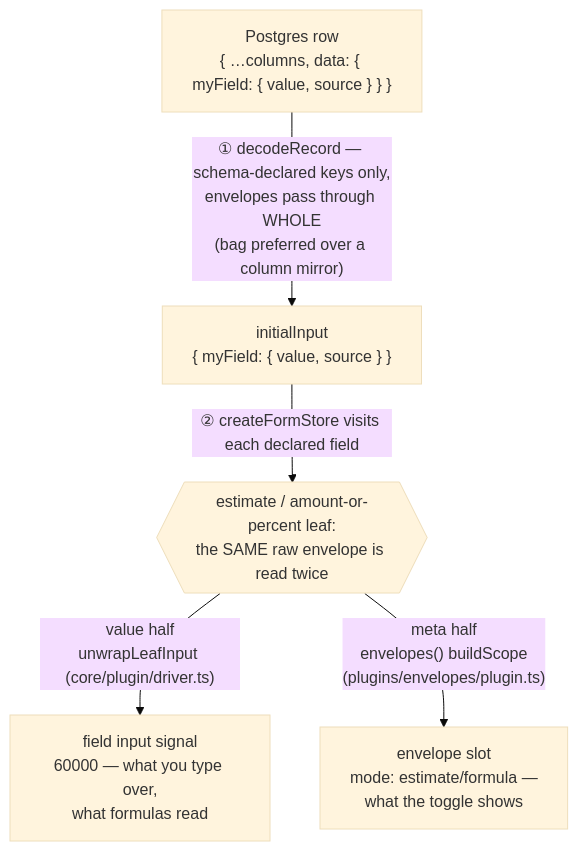
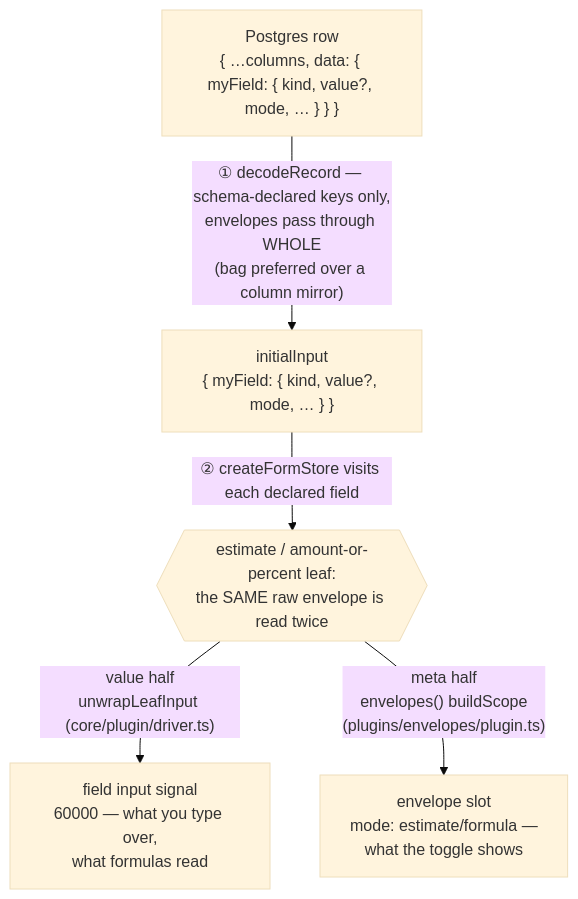
The diagram in docs/decode-fork.md (andrew310/jsonisch), drawn with Mermaid (base theme) before and after one commit. The commit also changed 17 other files, not shown here.

First line of the commit message:
feat(jsonisch): persist envelopes as a kind-discriminated union

````diff
--- a/docs/decode-fork.md
+++ b/docs/decode-fork.md
@@ -7,8 +7,8 @@
 ```mermaid
 flowchart TD
-  PG["Postgres row<br/>{ …columns, data: { myField: { value, source } } }"]
-  PG -->|"① decodeRecord — schema-declared keys only,<br/>envelopes pass through WHOLE<br/>(bag preferred over a column mirror)"| II["initialInput<br/>{ myField: { value, source } }"]
+  PG["Postgres row<br/>{ …columns, data: { myField: { kind, value?, mode, … } } }"]
+  PG -->|"① decodeRecord — schema-declared keys only,<br/>envelopes pass through WHOLE<br/>(bag preferred over a column mirror)"| II["initialInput<br/>{ myField: { kind, value?, mode, … } }"]
   II -->|"② createFormStore visits each declared field"| FORK{{"estimate / amount-or-percent leaf:<br/>the SAME raw envelope is read twice"}}
   FORK -->|"value half<br/>unwrapLeafInput (core/plugin/driver.ts)"| INPUT["field input signal<br/>60000 — what you type over,<br/>what formulas read"]
   FORK -->|"meta half<br/>envelopes() buildScope<br/>(plugins/envelopes/plugin.ts)"| SLOT["envelope slot<br/>mode: estimate/formula —<br/>what the toggle shows"]
 ```
````
